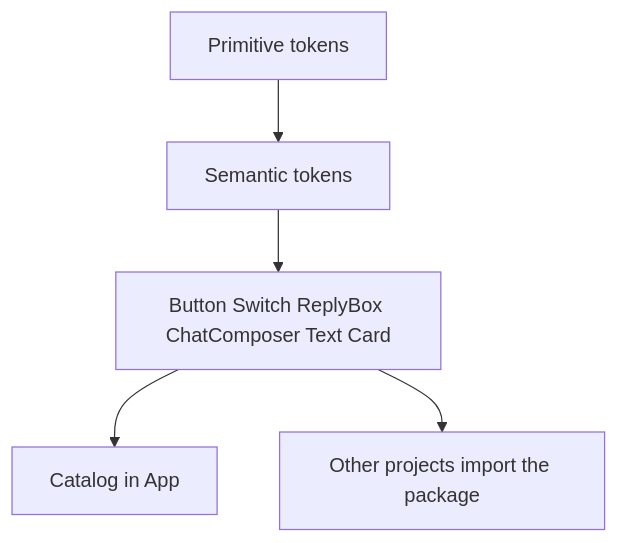
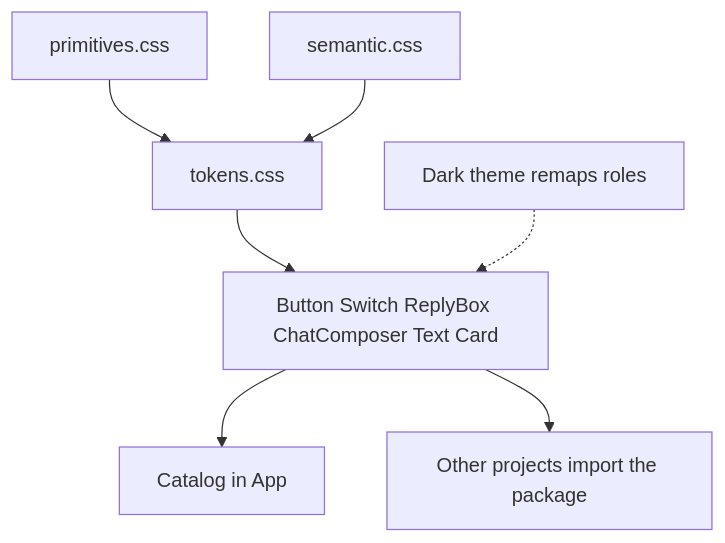
One commit to rtao7/ray-design-system changed the diagram in README.md. Above: the diagram before and after it, drawn with Mermaid. The commit also changed other lines of this file and 4 other files, not shown here.

First line of the commit message:
Split token primitives and semantic roles into separate stylesheets.

````diff
--- a/README.md
+++ b/README.md
@@ -19,12 +19,16 @@
 ```mermaid
 flowchart TD
-  primitive[Primitive tokens]
-  semantic[Semantic tokens]
+  primitive[primitives.css]
+  semantic[semantic.css]
+  entry[tokens.css]
+  dark[Dark theme remaps roles]
   components[Button Switch ReplyBox ChatComposer Text Card]
   catalog[Catalog in App]
   later[Other projects import the package]
-  primitive --> semantic
-  semantic --> components
+  primitive --> entry
+  semantic --> entry
+  entry --> components
+  dark -.-> components
   components --> catalog
   components --> later
 ```
````
